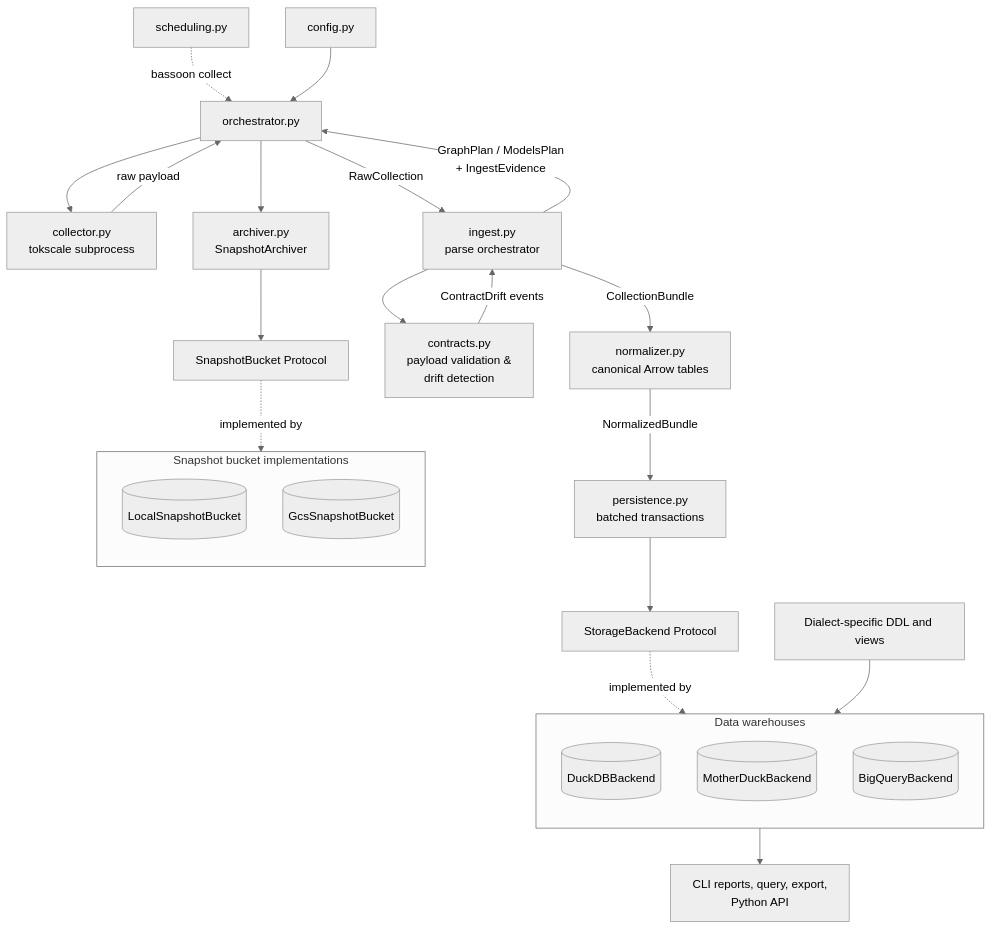
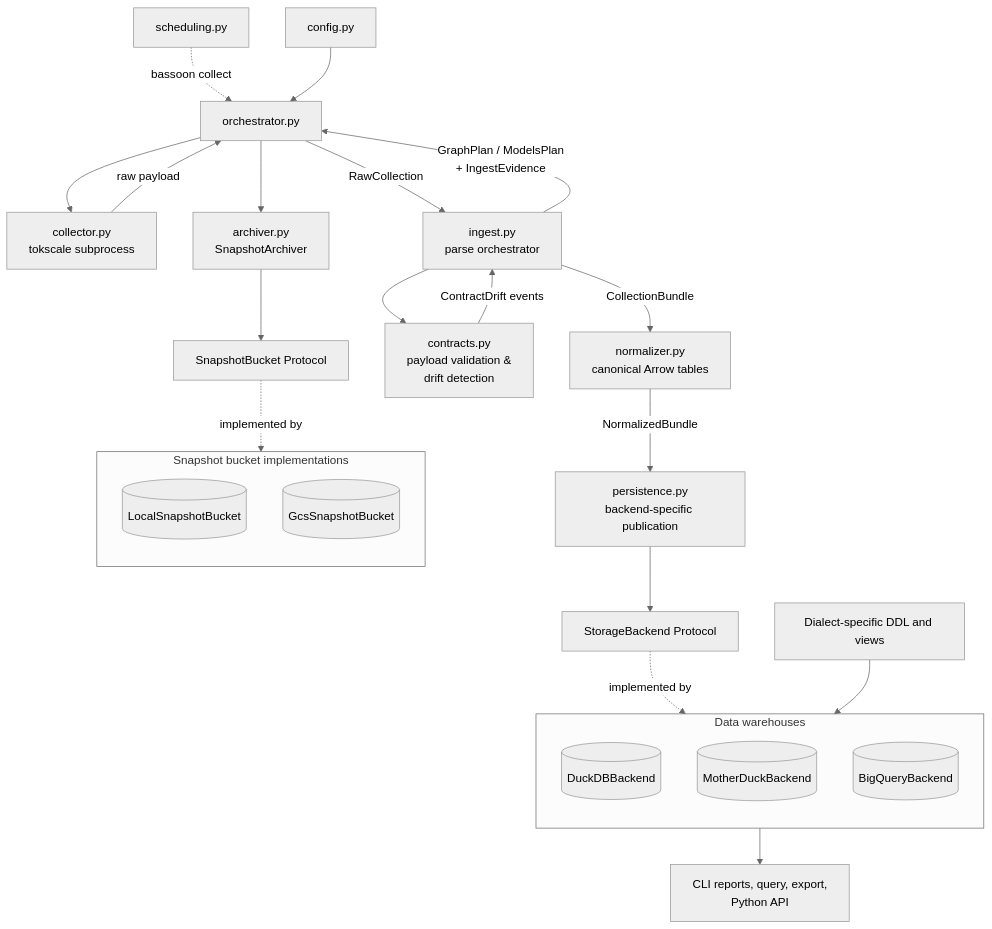
One commit to israelflores8789/usagebassoon changed the diagram in CONTRIBUTING.md. Above: the diagram before and after it, drawn with Mermaid (neutral theme). The commit also changed other lines of this file and 1 other file, not shown here.

Commit message:
chore: upating AGENTS.md and CONTRIBUTING.md to be consistent with new data architecture refactor

````diff
--- a/CONTRIBUTING.md
+++ b/CONTRIBUTING.md
@@ -125,39 +132,39 @@
 ```mermaid
 flowchart TD
       SCH[scheduling.py] -. bassoon collect .-> ORCH[orchestrator.py]
       CFG[config.py] --> ORCH
 
       ORCH --> COL[collector.py<br/>tokscale subprocess]
       COL -->|raw payload| ORCH
       ORCH -->|RawCollection| ING[ingest.py<br/>parse orchestrator]
 
       ING -->|GraphPlan / ModelsPlan<br/>+ IngestEvidence| ORCH
       ING -->|CollectionBundle| NORM[normalizer.py<br/>canonical Arrow tables]
 
       ING --> CON[contracts.py<br/>payload validation &<br/>drift detection]
       CON -->|ContractDrift events| ING
 
-      NORM -->|NormalizedBundle| PERSIST[persistence.py<br/>batched transactions]
+      NORM -->|NormalizedBundle| PERSIST[persistence.py<br/>backend-specific publication]
       PERSIST --> BACKEND[StorageBackend Protocol]
 
       subgraph WAREHOUSE[Data warehouses]
           direction TD
           DUCK[(DuckDBBackend)]
           MD[(MotherDuckBackend)]
           BQ[(BigQueryBackend)]
       end
       BACKEND -. implemented by .-> WAREHOUSE
       SQL[Dialect-specific DDL and views] --> WAREHOUSE
 
       ORCH --> ARCH[archiver.py<br/>SnapshotArchiver]
       ARCH --> BUCKET[SnapshotBucket Protocol]
 
       subgraph BUCKETS[Snapshot bucket implementations]
           direction TD
           LOCAL[(LocalSnapshotBucket)]
           GCS[(GcsSnapshotBucket)]
       end
       BUCKET -. implemented by .-> BUCKETS
 
       WAREHOUSE --> OUT[CLI reports, query, export,<br/>Python API]
 ```
````
